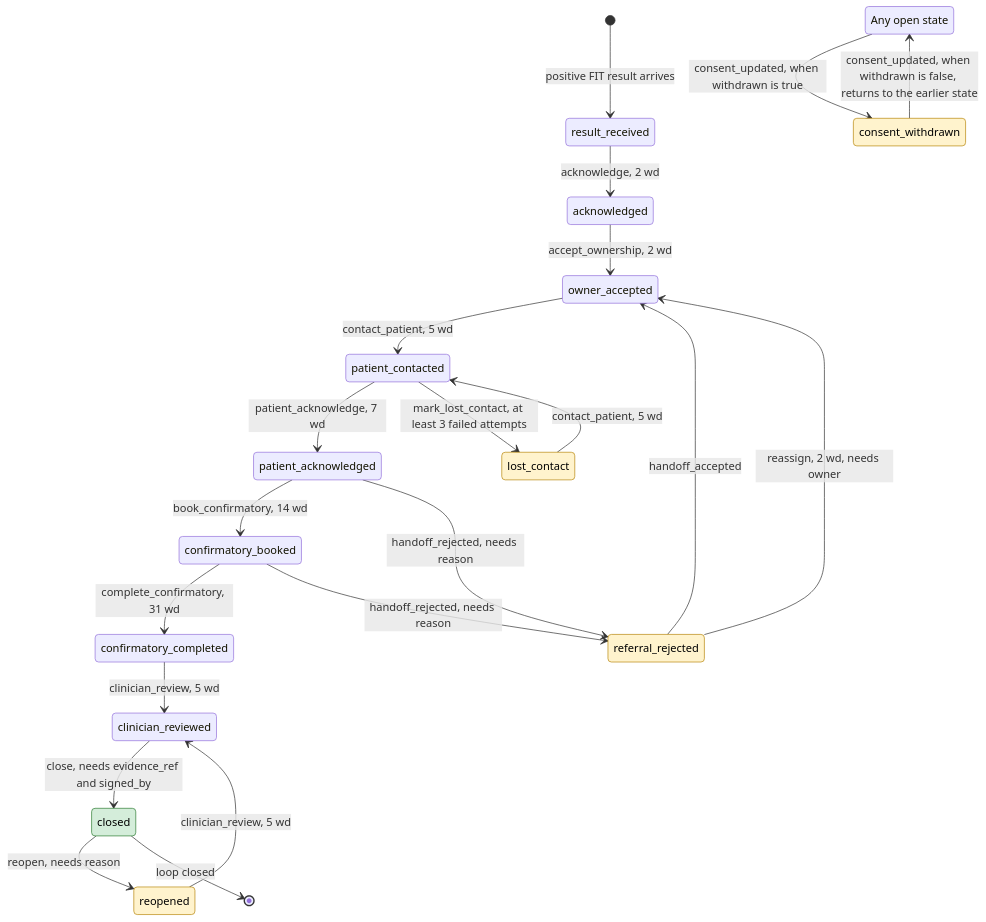
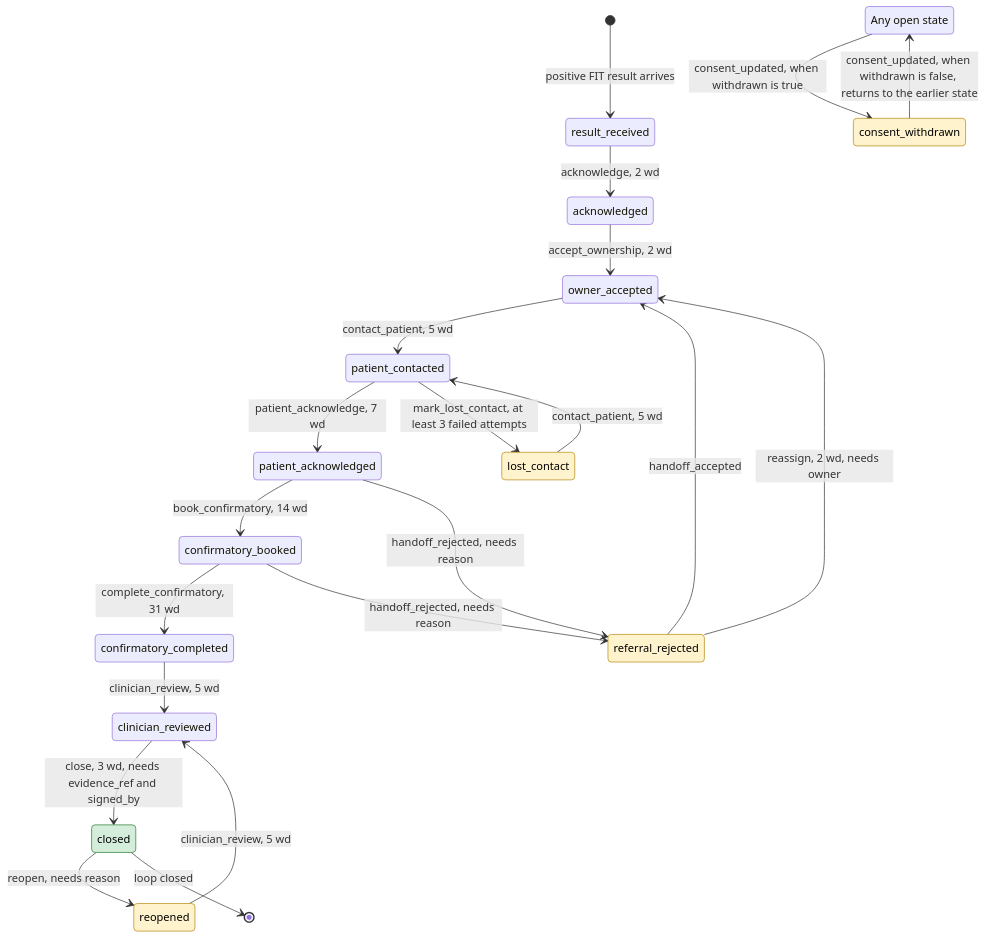
The diagram in docs/review/clinician-pack.md (Nandish3010/screening-closure), drawn with Mermaid before and after one commit. The commit also changed other lines of this file and 7 other files, not shown here.

````diff
--- a/docs/review/clinician-pack.md
+++ b/docs/review/clinician-pack.md
@@ -42,28 +42,28 @@
 ```mermaid
 stateDiagram-v2
     state "Any open state" as any_open
     [*] --> result_received : positive FIT result arrives
     result_received --> acknowledged : acknowledge, 2 wd
     acknowledged --> owner_accepted : accept_ownership, 2 wd
     owner_accepted --> patient_contacted : contact_patient, 5 wd
     patient_contacted --> patient_acknowledged : patient_acknowledge, 7 wd
     patient_acknowledged --> confirmatory_booked : book_confirmatory, 14 wd
     confirmatory_booked --> confirmatory_completed : complete_confirmatory, 31 wd
     confirmatory_completed --> clinician_reviewed : clinician_review, 5 wd
-    clinician_reviewed --> closed : close, needs evidence_ref and signed_by
+    clinician_reviewed --> closed : close, 3 wd, needs evidence_ref and signed_by
     patient_acknowledged --> referral_rejected : handoff_rejected, needs reason
     confirmatory_booked --> referral_rejected : handoff_rejected, needs reason
     referral_rejected --> owner_accepted : handoff_accepted
     referral_rejected --> owner_accepted : reassign, 2 wd, needs owner
     any_open --> consent_withdrawn : consent_updated, when withdrawn is true
     consent_withdrawn --> any_open : consent_updated, when withdrawn is false, returns to the earlier state
     patient_contacted --> lost_contact : mark_lost_contact, at least 3 failed attempts
     lost_contact --> patient_contacted : contact_patient, 5 wd
     closed --> reopened : reopen, needs reason
     reopened --> clinician_reviewed : clinician_review, 5 wd
     closed --> [*] : loop closed
     classDef side fill:#fff3cd,stroke:#b8860b,color:#000
     classDef final fill:#d4edda,stroke:#2e7d32,color:#000
     class referral_rejected,consent_withdrawn,lost_contact,reopened side
     class closed final
 ```
````
